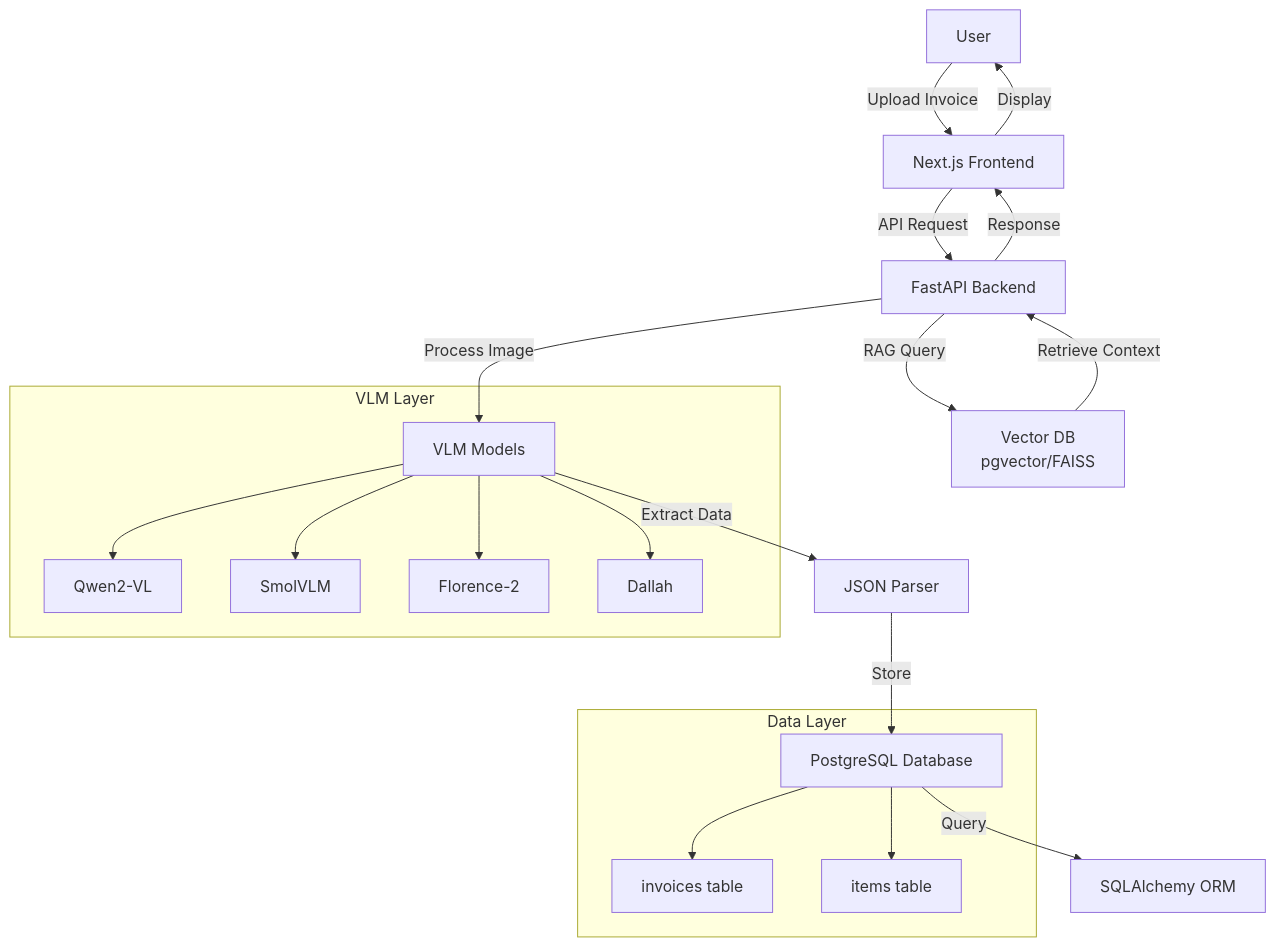
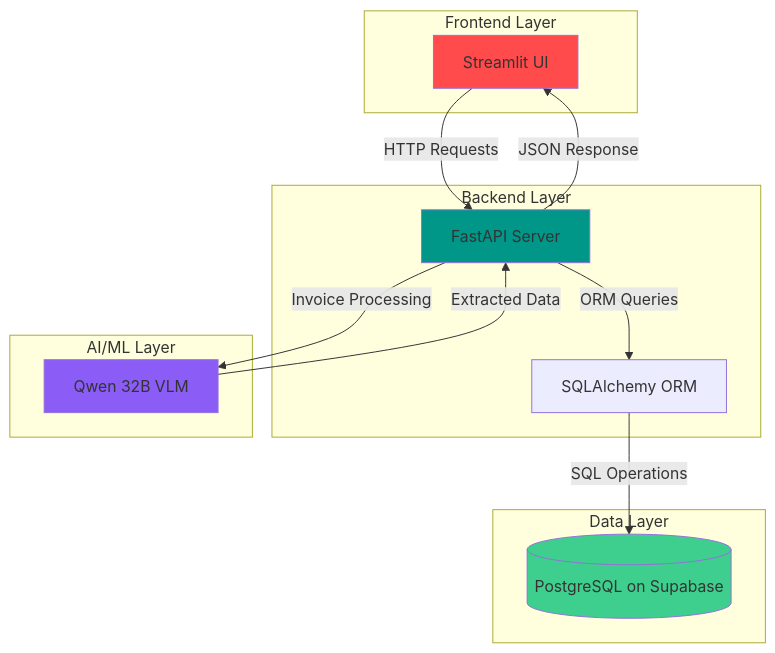
One commit to AI-AugToOct/capstone-project-invoice-mangement-system changed the diagram in Readme.md. Above: the diagram before and after it, drawn with Mermaid. The commit also changed other lines of this file, not shown here.

````diff
--- a/Readme.md
+++ b/Readme.md
@@ -42,31 +26,31 @@
 ```mermaid
 graph TB
-    A[User] -->|Upload Invoice| B[Next.js Frontend]
-    B -->|API Request| C[FastAPI Backend]
-    C -->|Process Image| D[VLM Models]
-    D -->|Extract Data| E[JSON Parser]
-    E -->|Store| F[PostgreSQL Database]
-    F -->|Query| G[SQLAlchemy ORM]
-    C -->|RAG Query| H[Vector DB<br/>pgvector/FAISS]
-    H -->|Retrieve Context| C
-    C -->|Response| B
-    B -->|Display| A
+    subgraph "Frontend Layer"
+        A[Streamlit UI]
+    end
     
-    subgraph "VLM Layer"
-        D1[Qwen2-VL]
-        D2[SmolVLM]
-        D3[Florence-2]
-        D4[Dallah]
-        D --> D1
-        D --> D2
-        D --> D3
-        D --> D4
+    subgraph "Backend Layer"
+        B[FastAPI Server]
+        C[SQLAlchemy ORM]
+    end
+    
+    subgraph "AI/ML Layer"
+        D[Qwen 32B VLM]
     end
     
     subgraph "Data Layer"
-        F1[invoices table]
-        F2[items table]
-        F --> F1
-        F --> F2
+        E[(PostgreSQL on Supabase)]
     end
+    
+    A -->|HTTP Requests| B
+    B -->|Invoice Processing| D
+    B -->|ORM Queries| C
+    C -->|SQL Operations| E
+    D -->|Extracted Data| B
+    B -->|JSON Response| A
+    
+    style A fill:#ff4b4b
+    style B fill:#009688
+    style D fill:#8b5cf6
+    style E fill:#3ecf8e
 ```
````
